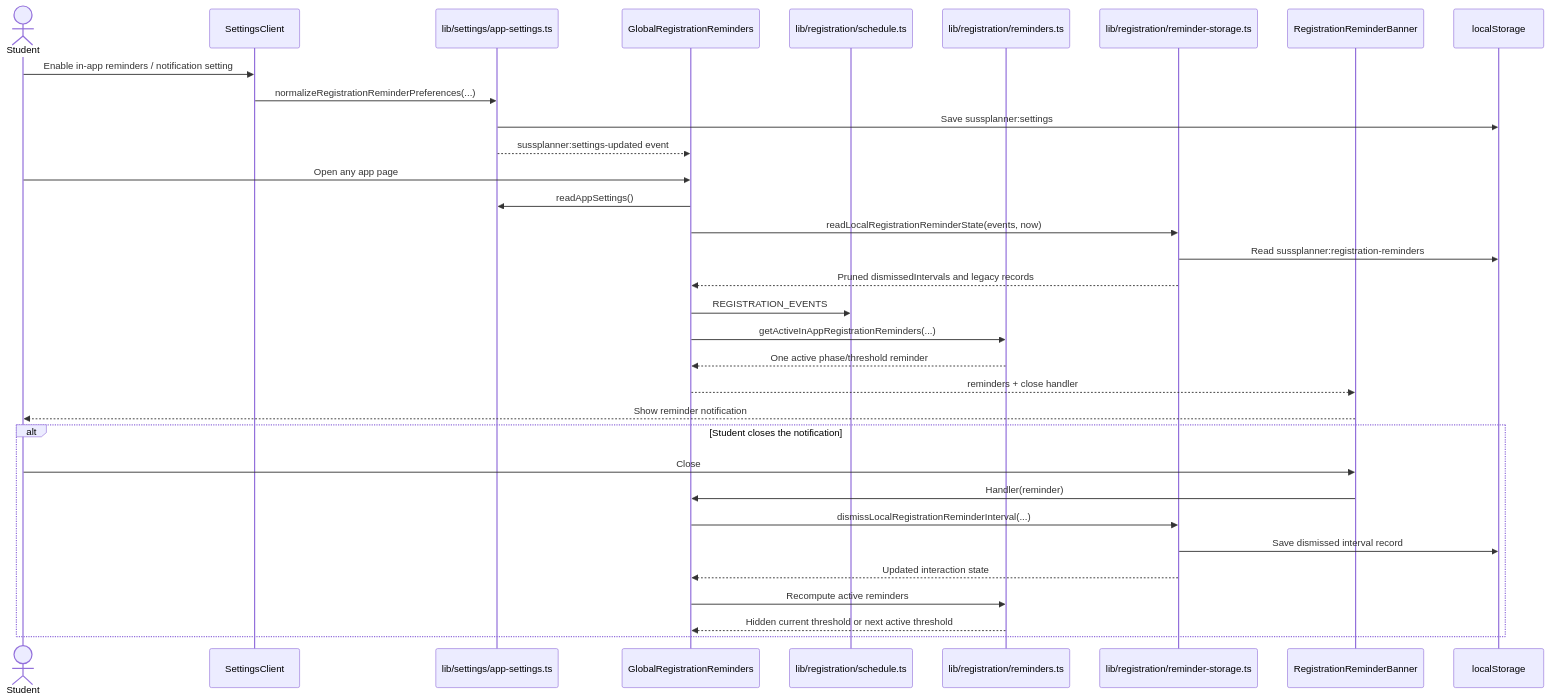
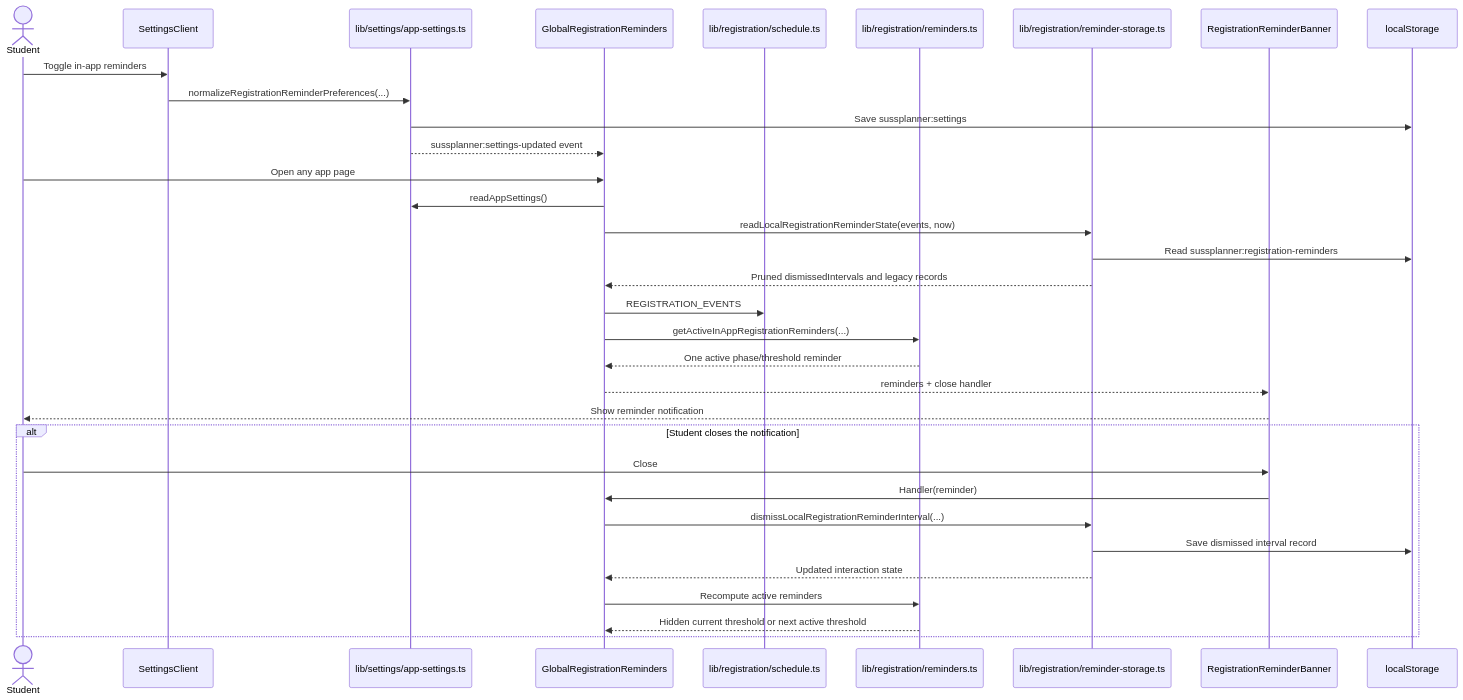
One commit to lester-td/SUSSplanner changed diagram 17 of 18 in docs/DeveloperGuide.md. Above: the diagram before and after it, drawn with Mermaid. The commit also changed other lines of this file and 1 other file, not shown here.

Commit message:
Updated docs to reflect the simplified settings model.

````diff
--- a/docs/DeveloperGuide.md
+++ b/docs/DeveloperGuide.md
@@ -1353,38 +1344,38 @@
 ```mermaid
 sequenceDiagram
     actor Student
     participant Settings as SettingsClient
     participant AppSettings as lib/settings/app-settings.ts
     participant ReminderHost as GlobalRegistrationReminders
     participant Schedule as lib/registration/schedule.ts
     participant Reminders as lib/registration/reminders.ts
     participant ReminderStore as lib/registration/reminder-storage.ts
     participant Notification as RegistrationReminderBanner
     participant Browser as localStorage
 
-    Student->>Settings: Enable in-app reminders / notification setting
+    Student->>Settings: Toggle in-app reminders
     Settings->>AppSettings: normalizeRegistrationReminderPreferences(...)
     AppSettings->>Browser: Save sussplanner:settings
     AppSettings-->>ReminderHost: sussplanner:settings-updated event
 
     Student->>ReminderHost: Open any app page
     ReminderHost->>AppSettings: readAppSettings()
     ReminderHost->>ReminderStore: readLocalRegistrationReminderState(events, now)
     ReminderStore->>Browser: Read sussplanner:registration-reminders
     ReminderStore-->>ReminderHost: Pruned dismissedIntervals and legacy records
     ReminderHost->>Schedule: REGISTRATION_EVENTS
     ReminderHost->>Reminders: getActiveInAppRegistrationReminders(...)
     Reminders-->>ReminderHost: One active phase/threshold reminder
     ReminderHost-->>Notification: reminders + close handler
     Notification-->>Student: Show reminder notification
 
     alt Student closes the notification
         Student->>Notification: Close
         Notification->>ReminderHost: Handler(reminder)
         ReminderHost->>ReminderStore: dismissLocalRegistrationReminderInterval(...)
         ReminderStore->>Browser: Save dismissed interval record
         ReminderStore-->>ReminderHost: Updated interaction state
         ReminderHost->>Reminders: Recompute active reminders
         Reminders-->>ReminderHost: Hidden current threshold or next active threshold
     end
 ```
````
